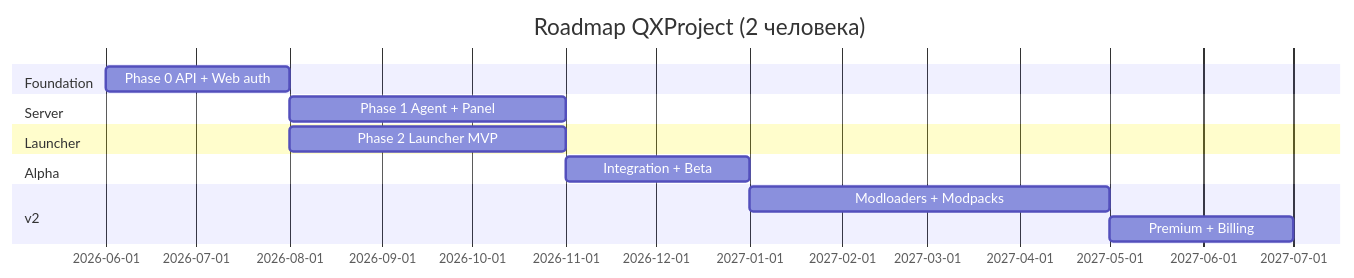
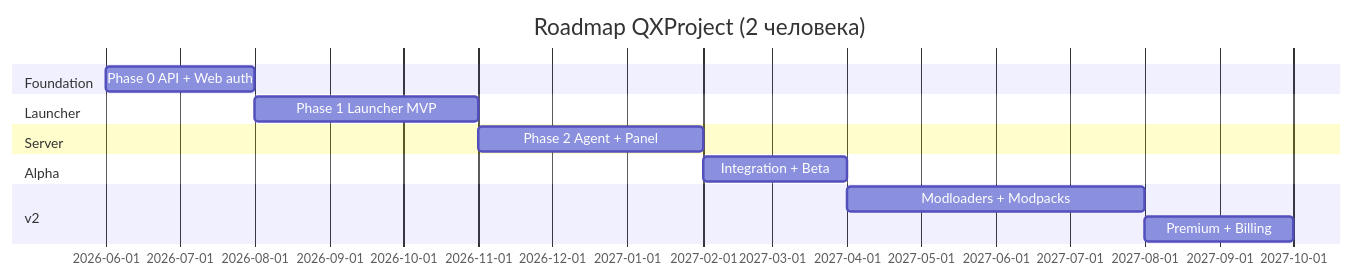
One commit to mindevis/qx-project changed diagram 15 of 16 in docs/architecture.md. Above: the diagram before and after it, drawn with Mermaid. The commit also changed other lines of this file and 13 other files, not shown here.

````diff
--- a/docs/architecture.md
+++ b/docs/architecture.md
@@ -1282,16 +1293,16 @@
 ```mermaid
 gantt
     title Roadmap QXProject (2 человека)
     dateFormat YYYY-MM
     section Foundation
     Phase 0 API + Web auth     :p0, 2026-06, 2M
+    section Launcher
+    Phase 1 Launcher MVP       :p1, after p0, 3M
     section Server
-    Phase 1 Agent + Panel      :p1, after p0, 3M
-    section Launcher
-    Phase 2 Launcher MVP       :p2, after p0, 3M
+    Phase 2 Agent + Panel      :p2, after p1, 3M
     section Alpha
-    Integration + Beta           :alpha, after p1, 2M
+    Integration + Beta           :alpha, after p2, 2M
     section v2
     Modloaders + Modpacks        :p3, after alpha, 4M
     Premium + Billing            :p4, after p3, 2M
 ```
````
